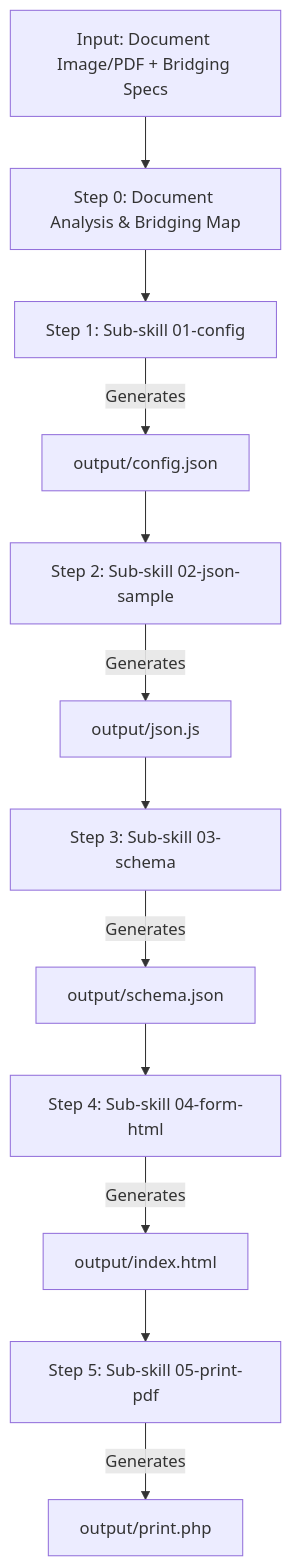
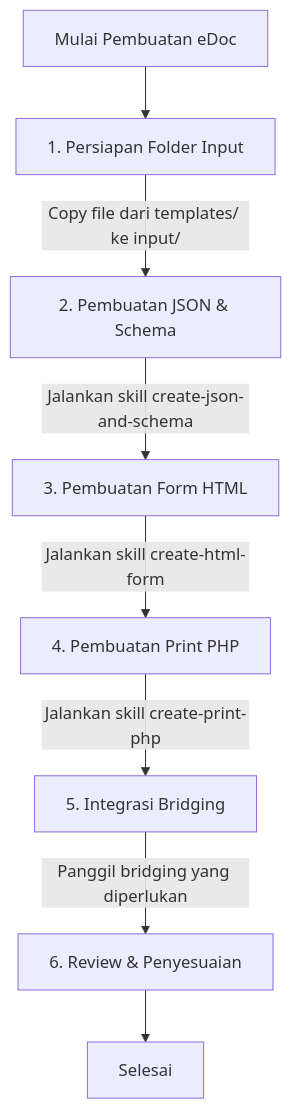
The diagram in readme.md (AbdanulIkhlas/edoc-generator), drawn with Mermaid before and after one commit. The commit also changed other lines of this file, not shown here.

````diff
--- a/readme.md
+++ b/readme.md
@@ -40,14 +26,10 @@
 ```mermaid
 flowchart TD
-    A[Input: Document Image/PDF + Bridging Specs] --> Step0[Step 0: Document Analysis & Bridging Map]
-    Step0 --> Step1[Step 1: Sub-skill 01-config]
-    Step1 -->|Generates| Out1[output/config.json]
-    Out1 --> Step2[Step 2: Sub-skill 02-json-sample]
-    Step2 -->|Generates| Out2[output/json.js]
-    Out2 --> Step3[Step 3: Sub-skill 03-schema]
-    Step3 -->|Generates| Out3[output/schema.json]
-    Out3 --> Step4[Step 4: Sub-skill 04-form-html]
-    Step4 -->|Generates| Out4[output/index.html]
-    Out4 --> Step5[Step 5: Sub-skill 05-print-pdf]
-    Step5 -->|Generates| Out5[output/print.php]
+    Start[Mulai Pembuatan eDoc] --> Step1[1. Persiapan Folder Input]
+    Step1 -->|Copy file dari templates/ ke input/| Step2[2. Pembuatan JSON & Schema]
+    Step2 -->|Jalankan skill create-json-and-schema| Step3[3. Pembuatan Form HTML]
+    Step3 -->|Jalankan skill create-html-form| Step4[4. Pembuatan Print PHP]
+    Step4 -->|Jalankan skill create-print-php| Step5[5. Integrasi Bridging]
+    Step5 -->|Panggil bridging yang diperlukan| Step6[6. Review & Penyesuaian]
+    Step6 --> Finish[Selesai]
 ```
````
